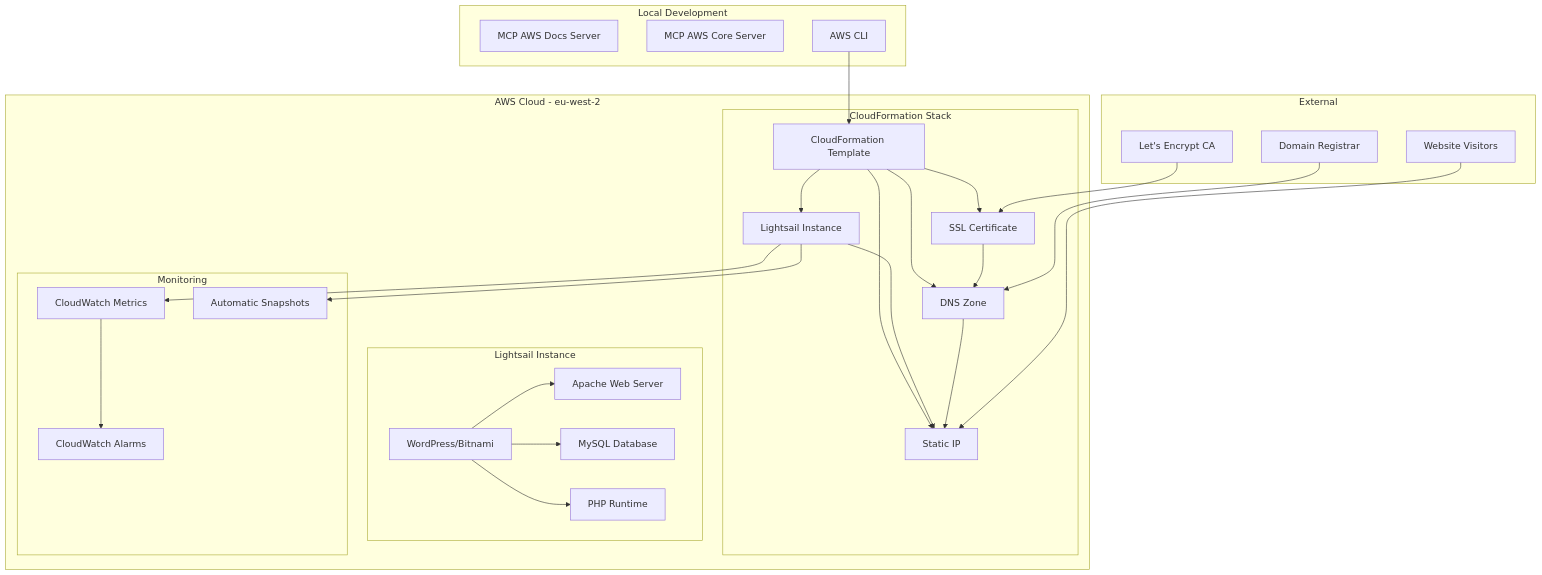
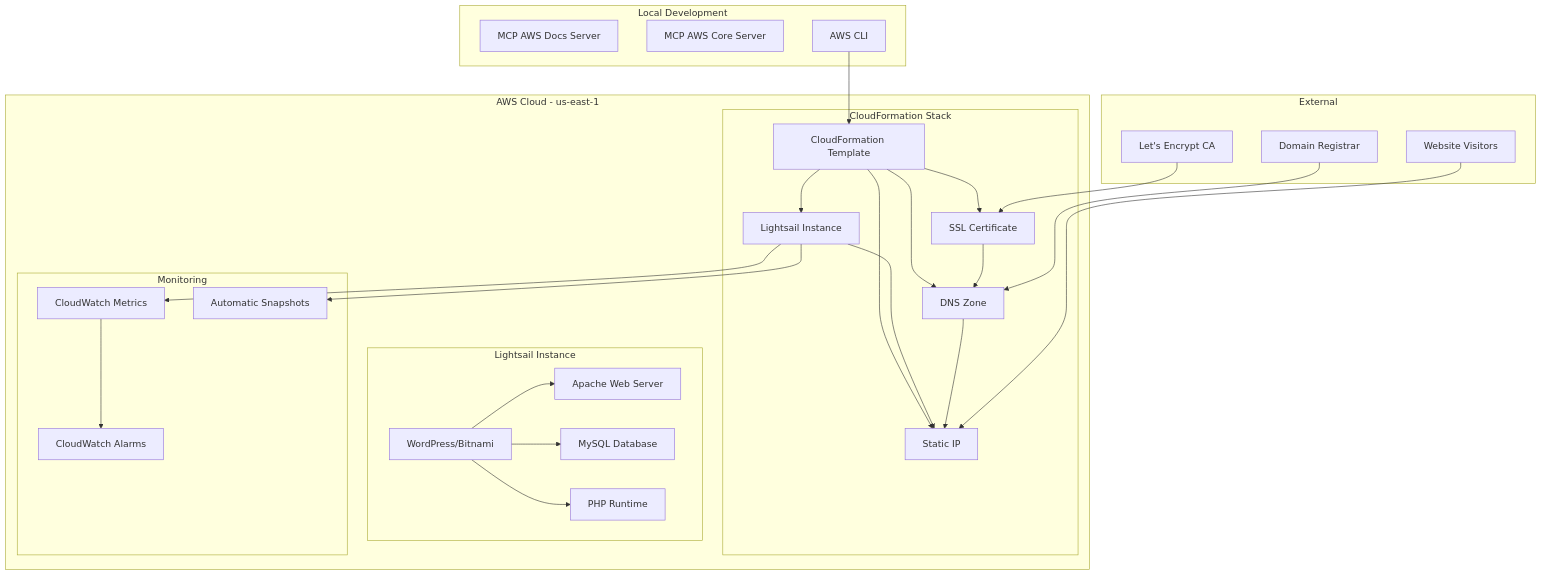
Before and after one commit to JonWhiteFang/admins-dungeon-wordpress-blog: the first of 2 diagrams in .kiro/specs/lightsail-wordpress-deployment/design.md, drawn with Mermaid. The commit also changed other lines of this file and 30 other files, not shown here.

````diff
--- a/.kiro/specs/lightsail-wordpress-deployment/design.md
+++ b/.kiro/specs/lightsail-wordpress-deployment/design.md
@@ -31,55 +31,55 @@
 ```mermaid
 graph TB
-    subgraph "AWS Cloud - eu-west-2"
+    subgraph "AWS Cloud - us-east-1"
         subgraph "CloudFormation Stack"
             CFN[CloudFormation Template]
             CFN --> LI[Lightsail Instance]
             CFN --> SIP[Static IP]
             CFN --> DNS[DNS Zone]
             CFN --> SSL[SSL Certificate]
             
             LI --> SIP
             DNS --> SIP
             SSL --> DNS
         end
         
         subgraph "Lightsail Instance"
             WP[WordPress/Bitnami]
             Apache[Apache Web Server]
             MySQL[MySQL Database]
             PHP[PHP Runtime]
             
             WP --> Apache
             WP --> MySQL
             WP --> PHP
         end
         
         subgraph "Monitoring"
             CW[CloudWatch Metrics]
             Alarms[CloudWatch Alarms]
             Snapshots[Automatic Snapshots]
             
             LI --> CW
             CW --> Alarms
             LI --> Snapshots
         end
     end
     
     subgraph "Local Development"
         MCP1[MCP AWS Docs Server]
         MCP2[MCP AWS Core Server]
         CLI[AWS CLI]
         
         CLI --> CFN
     end
     
     subgraph "External"
         Users[Website Visitors]
         Registrar[Domain Registrar]
         LE[Let's Encrypt CA]
         
         Users --> SIP
         Registrar --> DNS
         LE --> SSL
     end
 ```
````
